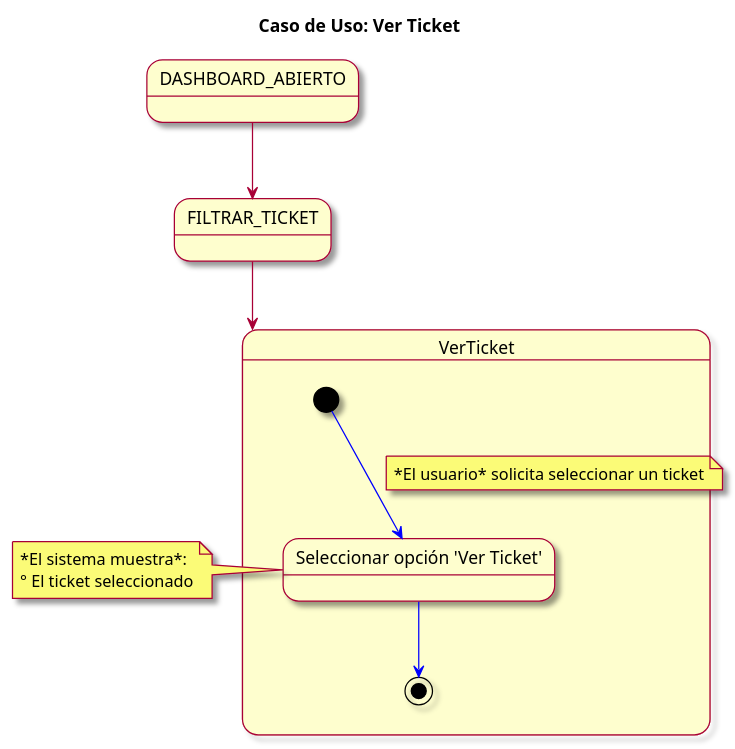
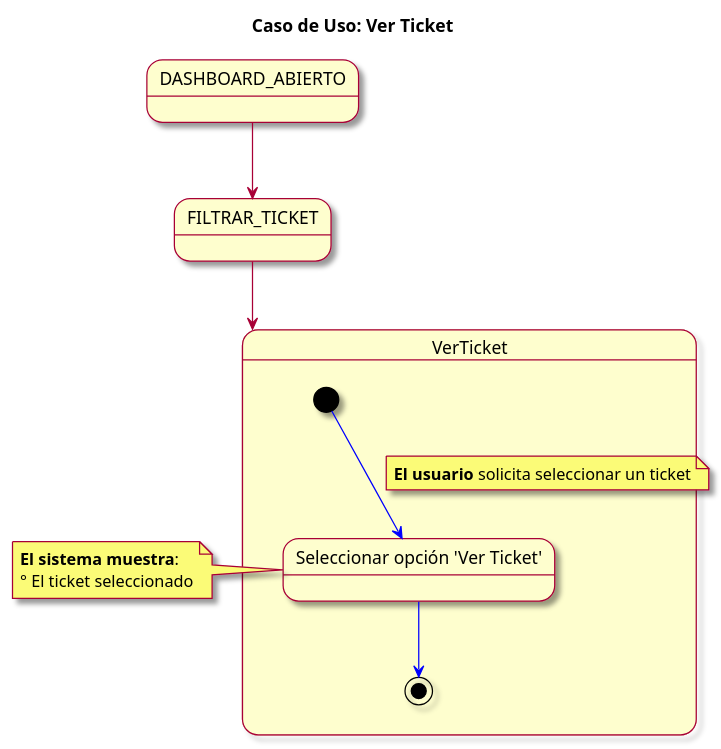
Before and after one commit to mmasias/23-24-IdSw1-SDR: the diagram in modelosUML/CasosDeUsos/CasosDetallados/VerTicket.puml, drawn with PlantUML. The commit also changed 7 other files, not shown here.

```diff
--- a/modelosUML/CasosDeUsos/CasosDetallados/VerTicket.puml
+++ b/modelosUML/CasosDeUsos/CasosDetallados/VerTicket.puml
@@ -1,24 +1,24 @@
 @startuml
 skin rose
 title Caso de Uso: Ver Ticket
 
 state DASHBOARD_ABIERTO
 state FILTRAR_TICKET
 
 DASHBOARD_ABIERTO --> FILTRAR_TICKET
 FILTRAR_TICKET --> VerTicket
 
 state VerTicket {
 
   [*] -[#blue]-> seleccionarOpcionVer
-  note on link : *El usuario* solicita seleccionar un ticket
+  note on link : **El usuario** solicita seleccionar un ticket
   state "Seleccionar opción 'Ver Ticket'" as seleccionarOpcionVer
   seleccionarOpcionVer -[#blue]-> [*]
 }
 
 note left of seleccionarOpcionVer
-  *El sistema muestra*: 
+  **El sistema muestra**: 
   ° El ticket seleccionado
 end note
 
 @enduml
```
